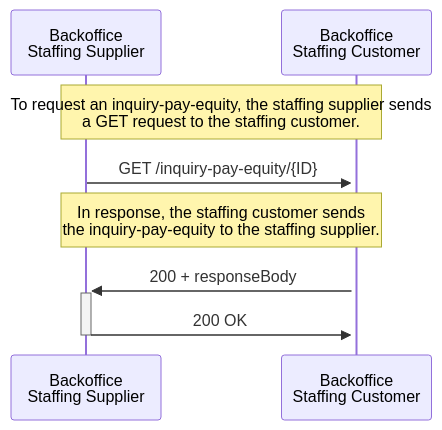
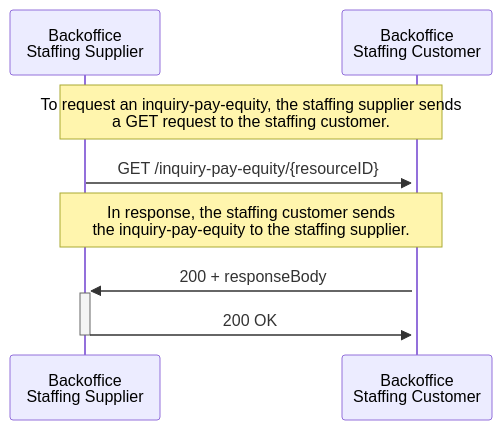
The third of 5 diagrams in app/docs/gelijkwaardige-beloning/sequence diagrams/sequence diagrams.md (setu-standards/documentation), drawn with Mermaid before and after one commit. The commit also changed other lines of this file and 4 other files, not shown here.

````diff
--- a/app/docs/gelijkwaardige-beloning/sequence diagrams/sequence diagrams.md
+++ b/app/docs/gelijkwaardige-beloning/sequence diagrams/sequence diagrams.md
@@ -73,12 +80,12 @@
 ```mermaid
 sequenceDiagram
     participant Supplier as Backoffice <br/> Staffing Supplier
     participant Customer as Backoffice <br/> Staffing Customer
     
     Note over Supplier,Customer: To request an inquiry-pay-equity, the staffing supplier sends <br/> a GET request to the staffing customer.
-    Supplier ->>+ Customer: GET /inquiry-pay-equity/{ID}
+    Supplier ->>+ Customer: GET /inquiry-pay-equity/{resourceID}
     
     Note over Supplier,Customer: In response, the staffing customer sends <br/> the inquiry-pay-equity to the staffing supplier.
     Customer ->>+ Supplier: 200 + responseBody
     Supplier ->>- Customer: 200 OK
 ```
````
